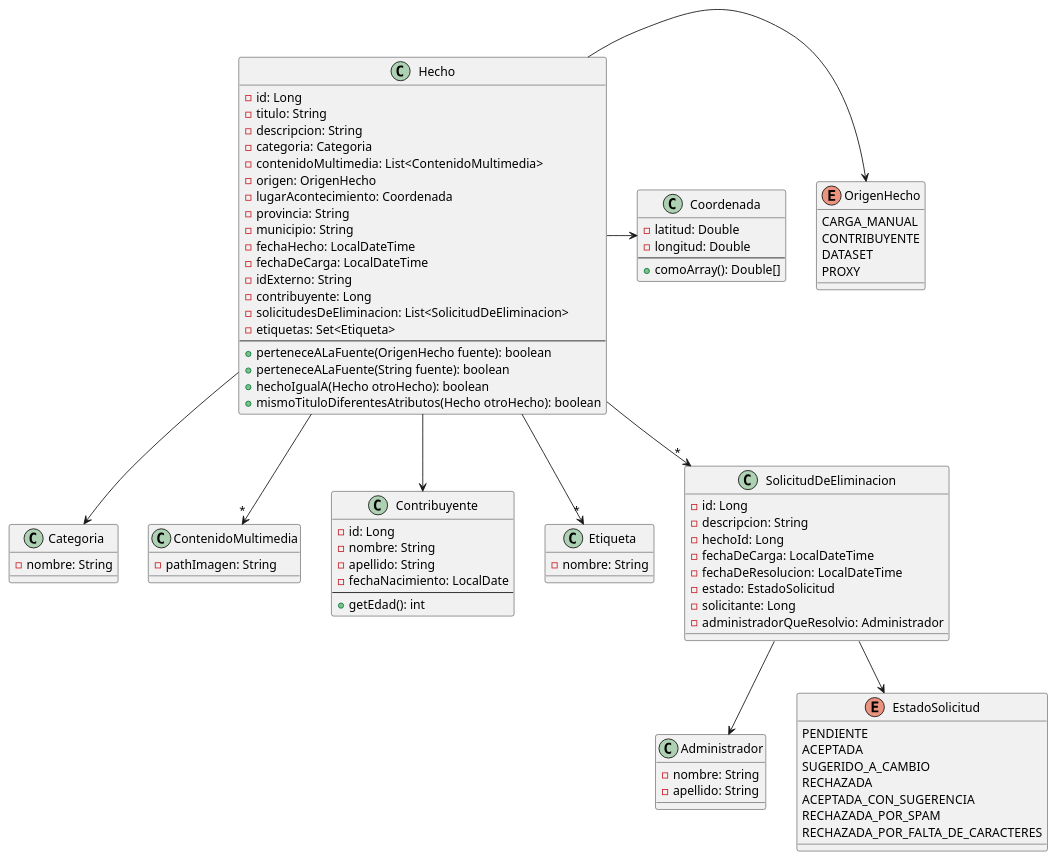
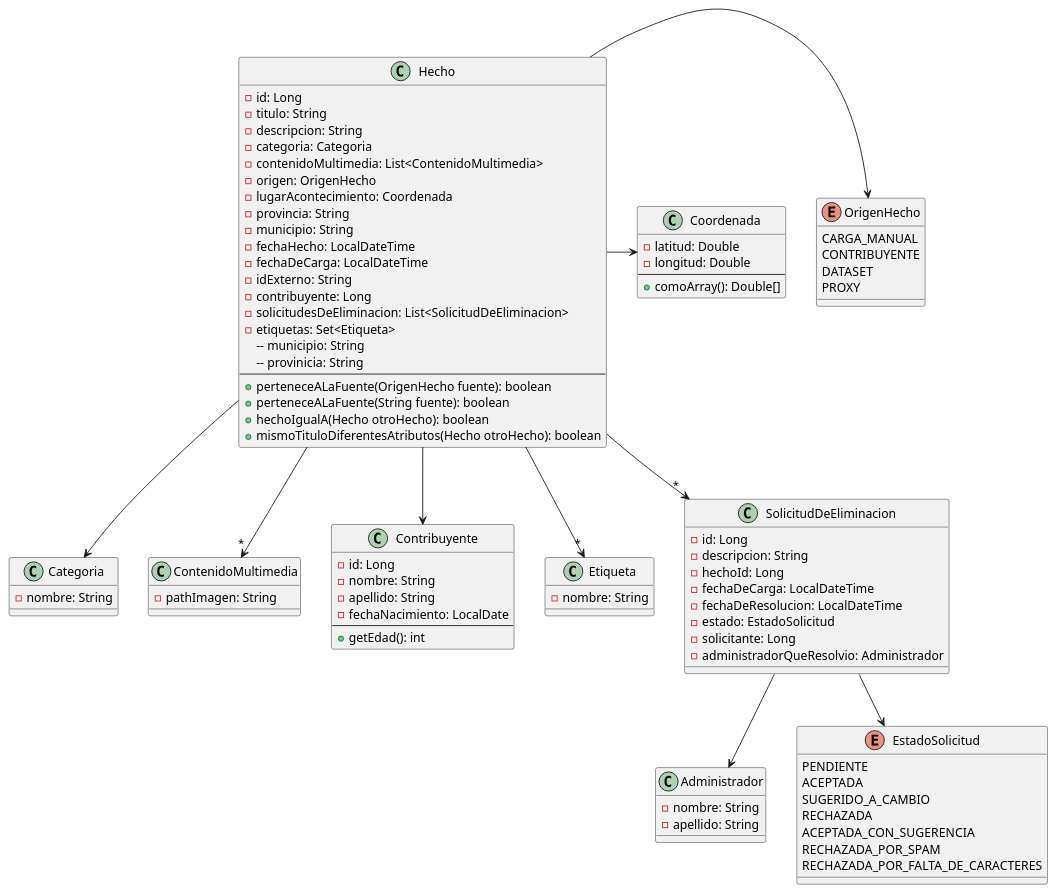
Before and after one commit to faustorod1/MetaMapa: the diagram in servicio-de-estadisticas/ddcServicioEstadisticas.puml, drawn with PlantUML. The commit also changed 17 other files, not shown here.

```diff
--- a/servicio-de-estadisticas/ddcServicioEstadisticas.puml
+++ b/servicio-de-estadisticas/ddcServicioEstadisticas.puml
@@ -1,98 +1,100 @@
 @startuml
 class Administrador {
 - nombre: String
 - apellido: String
 }
 
 class Categoria {
 - nombre: String
 }
 
 class ContenidoMultimedia {
 - pathImagen: String
 }
 
 class Contribuyente {
 - id: Long
 - nombre: String
 - apellido: String
 - fechaNacimiento: LocalDate
 --
 + getEdad(): int
 }
 
 enum EstadoSolicitud {
 PENDIENTE
 ACEPTADA
 SUGERIDO_A_CAMBIO
 RECHAZADA
 ACEPTADA_CON_SUGERENCIA
 RECHAZADA_POR_SPAM
 RECHAZADA_POR_FALTA_DE_CARACTERES
 }
 
 class Etiqueta{
 - nombre: String
 }
 
 class Coordenada {
 - latitud: Double
 - longitud: Double
 --
 + comoArray(): Double[]
 }
 
 
 class Hecho {
 - id: Long
 - titulo: String
 - descripcion: String
 - categoria: Categoria
 - contenidoMultimedia: List<ContenidoMultimedia>
 - origen: OrigenHecho
 - lugarAcontecimiento: Coordenada
 - provincia: String
 - municipio: String
 - fechaHecho: LocalDateTime
 - fechaDeCarga: LocalDateTime
 - idExterno: String
 - contribuyente: Long
 - solicitudesDeEliminacion: List<SolicitudDeEliminacion>
 - etiquetas: Set<Etiqueta>
+-- municipio: String
+-- provinicia: String
 --
 + perteneceALaFuente(OrigenHecho fuente): boolean
 + perteneceALaFuente(String fuente): boolean
 + hechoIgualA(Hecho otroHecho): boolean
 + mismoTituloDiferentesAtributos(Hecho otroHecho): boolean
 }
 
 enum OrigenHecho {
 CARGA_MANUAL
 CONTRIBUYENTE
 DATASET
 PROXY
 }
 
 class SolicitudDeEliminacion {
 - id: Long
 - descripcion: String
 - hechoId: Long
 - fechaDeCarga: LocalDateTime
 - fechaDeResolucion: LocalDateTime
 - estado: EstadoSolicitud
 - solicitante: Long
 - administradorQueResolvio: Administrador
 }
 
 Hecho --> Contribuyente
 Hecho --> Categoria
 Hecho -->"*" ContenidoMultimedia
 Hecho -> OrigenHecho
 Hecho -> Coordenada
 Hecho -->"*" SolicitudDeEliminacion
 Hecho -->"*" Etiqueta
 
 SolicitudDeEliminacion --> EstadoSolicitud
 SolicitudDeEliminacion --> Administrador
 
 @enduml
```
